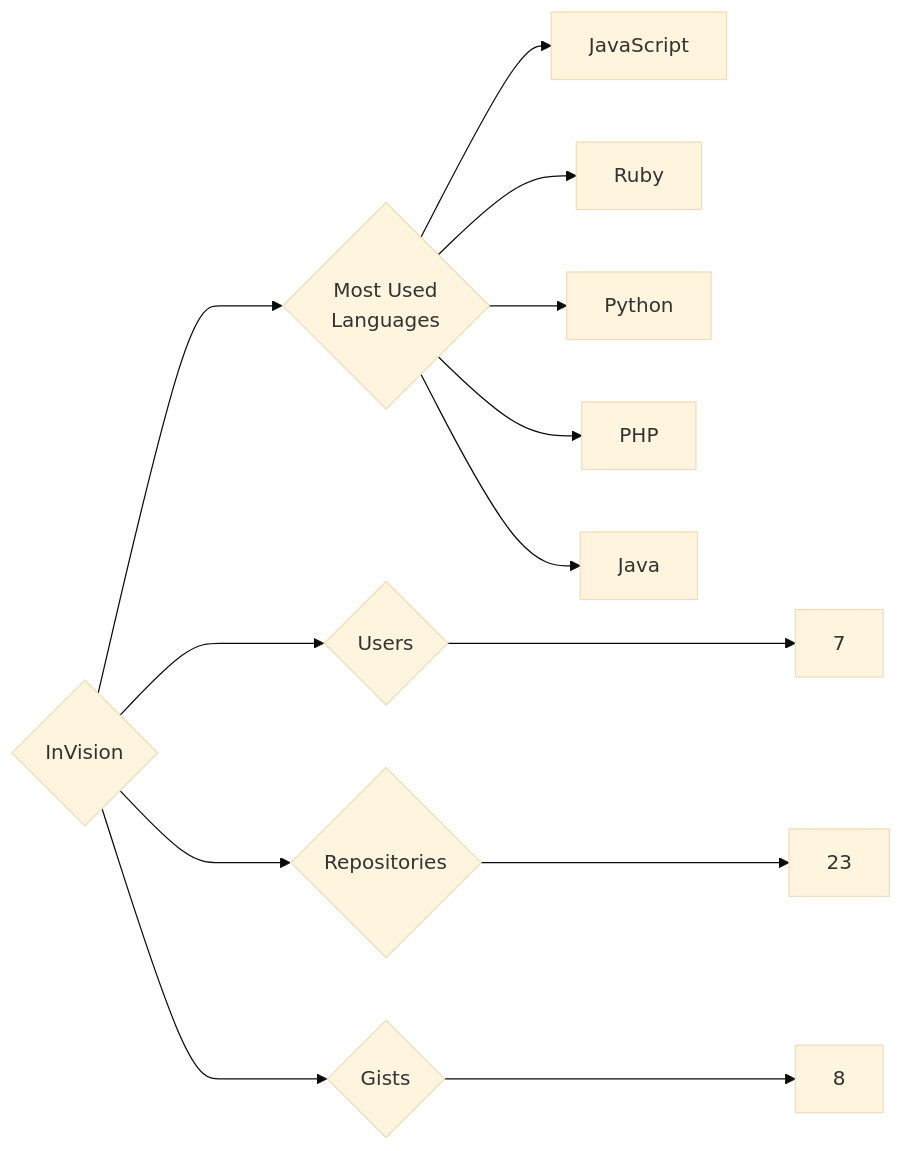
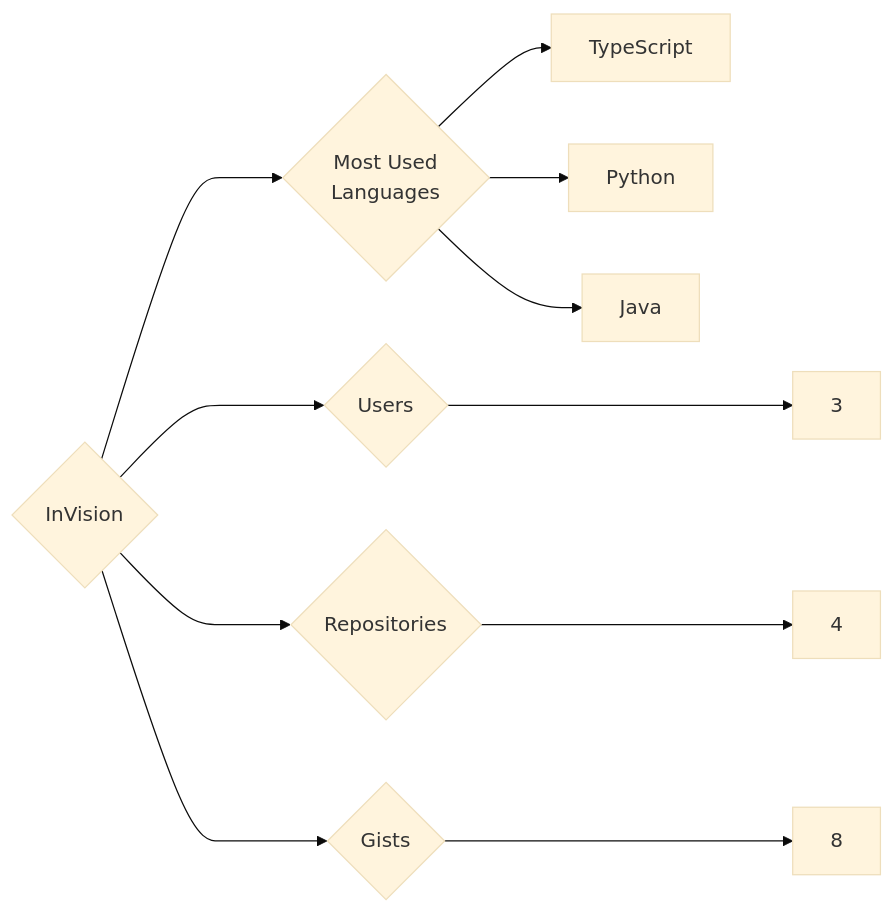
Before and after one commit to trickest/insiders: the diagram in targets/InVision/README.md, drawn with Mermaid (base theme). The commit also changed 1055 other files, not shown here.

````diff
--- a/targets/InVision/README.md
+++ b/targets/InVision/README.md
@@ -3,13 +3,11 @@
 ```mermaid
 graph LR
 COMPANY_NAME{InVision}
-COMPANY_NAME ---> U{Users} ---> UN[7]
-COMPANY_NAME ---> R{Repositories} ---> RN[23]
+COMPANY_NAME ---> U{Users} ---> UN[3]
+COMPANY_NAME ---> R{Repositories} ---> RN[4]
 COMPANY_NAME ---> G{Gists} ---> GN[8]
 COMPANY_NAME ---> ML{Most Used<br>Languages}
-ML --> JavaScript[JavaScript]
-ML --> Ruby[Ruby]
+ML --> TypeScript[TypeScript]
 ML --> Python[Python]
-ML --> PHP[PHP]
 ML --> Java[Java]
 ```
````
